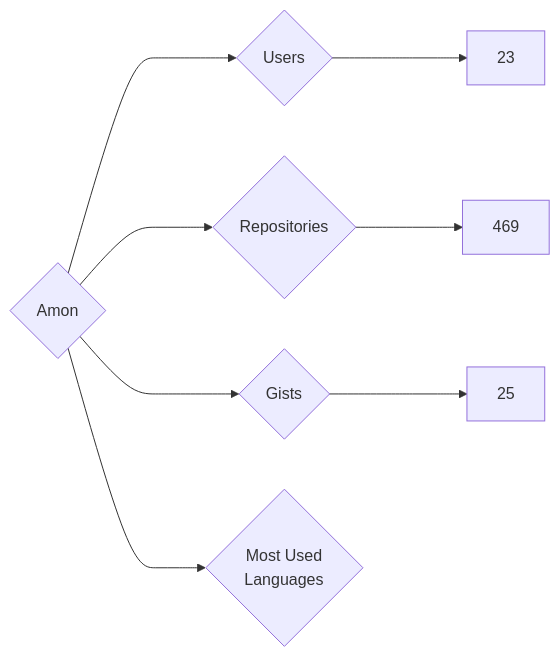
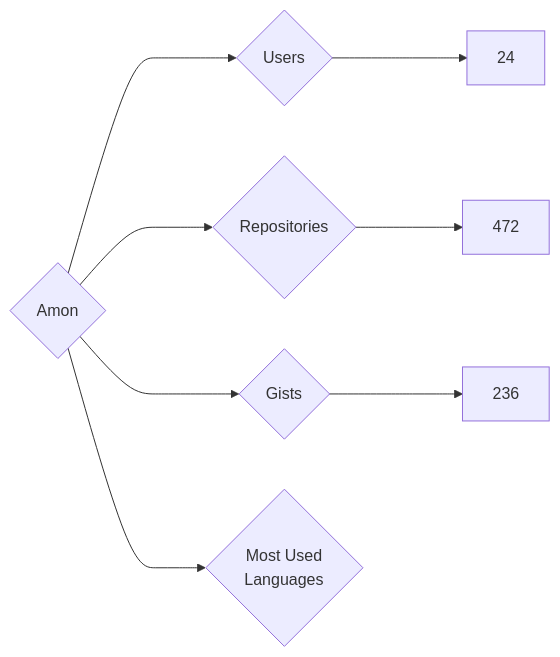
The diagram in targets/Amon/README.md (nenadzaric/insiders), drawn with Mermaid before and after one commit. The commit also changed 1342 other files, not shown here.

````diff
--- a/targets/Amon/README.md
+++ b/targets/Amon/README.md
@@ -3,8 +3,8 @@
 ```mermaid
 graph LR
 COMPANY_NAME{Amon}
-COMPANY_NAME ---> U{Users} ---> UN[23]
-COMPANY_NAME ---> R{Repositories} ---> RN[469]
-COMPANY_NAME ---> G{Gists} ---> GN[25]
+COMPANY_NAME ---> U{Users} ---> UN[24]
+COMPANY_NAME ---> R{Repositories} ---> RN[472]
+COMPANY_NAME ---> G{Gists} ---> GN[236]
 COMPANY_NAME ---> ML{Most Used<br>Languages}
 ```
````
